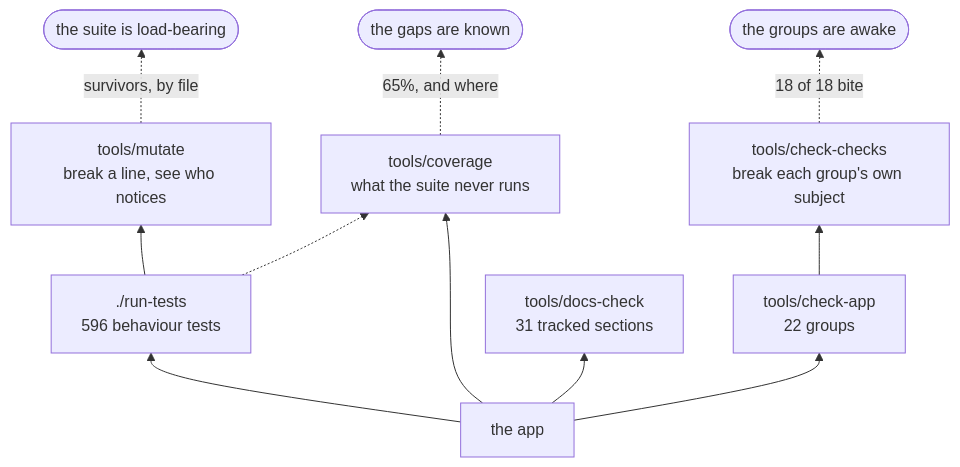
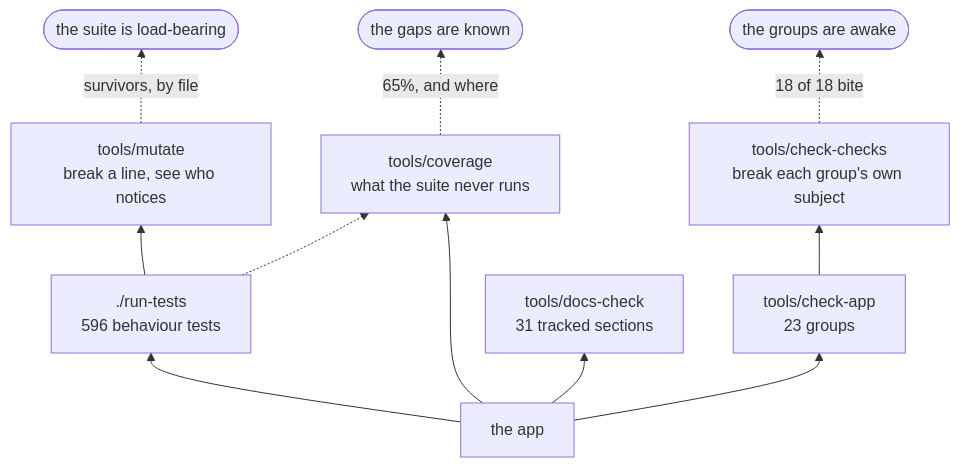
One commit to minormending/crystal-pilot-mobile changed the second of 2 diagrams in docs/DEVELOPING.md. Above: the diagram before and after it, drawn with Mermaid. The commit also changed other lines of this file and 5 other files, not shown here.

````diff
--- a/docs/DEVELOPING.md
+++ b/docs/DEVELOPING.md
@@ -124,13 +124,13 @@
 ```mermaid
 flowchart BT
     C["the app"] --> T["./run-tests<br/>596 behaviour tests"]
-    C --> A["tools/check-app<br/>22 groups"]
+    C --> A["tools/check-app<br/>23 groups"]
     C --> D["tools/docs-check<br/>31 tracked sections"]
     C --> V["tools/coverage<br/>what the suite never runs"]
     T --> M["tools/mutate<br/>break a line, see who notices"]
     A --> K["tools/check-checks<br/>break each group's own subject"]
     T -.-> V
     M -.->|"survivors, by file"| R(["the suite is load-bearing"])
     K -.->|"18 of 18 bite"| R2(["the groups are awake"])
     V -.->|"65%, and where"| R3(["the gaps are known"])
 ```
````
